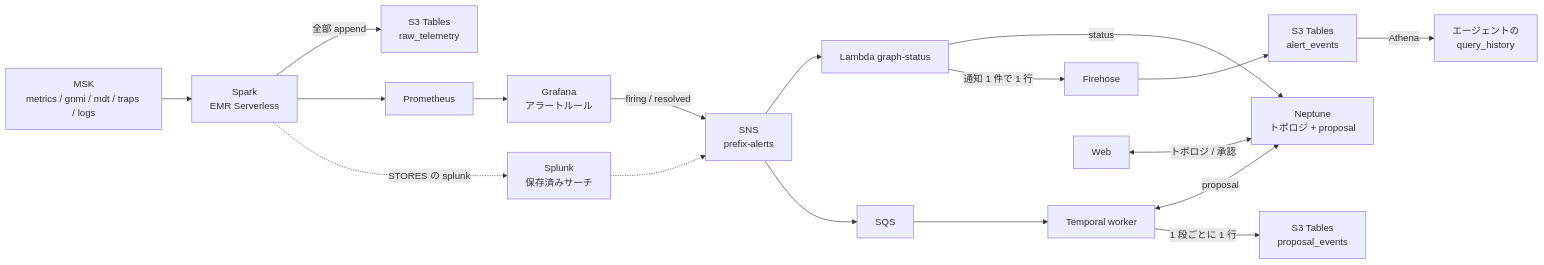
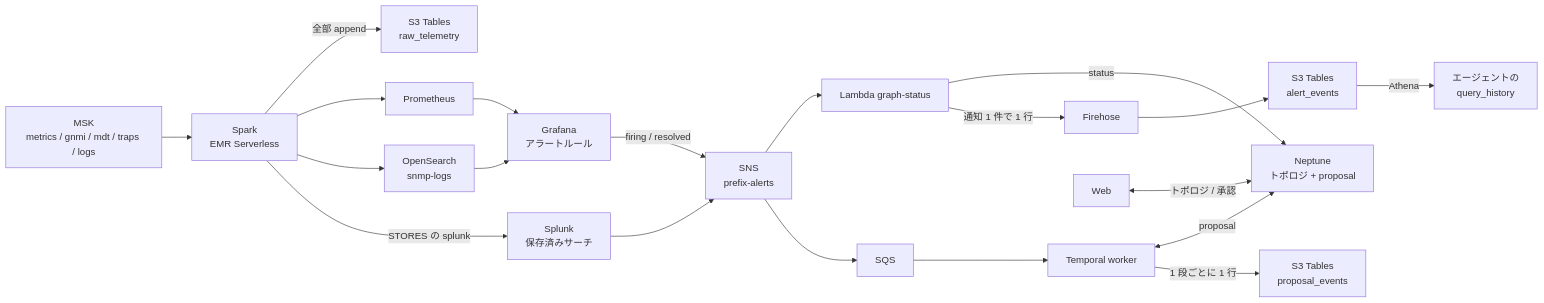
Before and after one commit to eddie-eights/nwc-poc: the first of 2 diagrams in docs/data-stores.md, drawn with Mermaid. The commit also changed other lines of this file and 8 other files, not shown here.

Commit message:
docs: アラートと既定値の記述を 002 と今の up.sh に合わせた（STORES の既定は s3,grafana,splunk、SNMP_POLL の既定は 1、Grafana のルールは 4 本、Splunk の保存済みサーチは netops_poll を足して 4 本）

````diff
--- a/docs/data-stores.md
+++ b/docs/data-stores.md
@@ -28,16 +28,17 @@
 ```mermaid
 flowchart LR
   MSK["MSK<br/>metrics / gnmi / mdt / traps / logs"] --> SPARK["Spark<br/>EMR Serverless"]
   SPARK -->|"全部 append"| ICE["S3 Tables<br/>raw_telemetry"]
   SPARK --> PROM["Prometheus"] --> GRAF["Grafana<br/>アラートルール"]
-  SPARK -.->|"STORES の splunk"| SPL["Splunk<br/>保存済みサーチ"]
+  SPARK --> OS["OpenSearch<br/>snmp-logs"] --> GRAF
+  SPARK -->|"STORES の splunk"| SPL["Splunk<br/>保存済みサーチ"]
   GRAF -->|"firing / resolved"| SNS["SNS<br/>prefix-alerts"]
-  SPL -.-> SNS
+  SPL --> SNS
   SNS --> GL["Lambda graph-status"] -->|"status"| NEP["Neptune<br/>トポロジ + proposal"]
   GL -->|"通知 1 件で 1 行"| FH["Firehose"] --> AEV["S3 Tables<br/>alert_events"]
   AEV -->|"Athena"| QH["エージェントの<br/>query_history"]
   SNS --> SQS["SQS"] --> WK["Temporal worker"]
   WK <-->|"proposal"| NEP
   WK -->|"1 段ごとに 1 行"| PEV["S3 Tables<br/>proposal_events"]
   WEB["Web"] <-->|"トポロジ / 承認"| NEP
 ```
````
